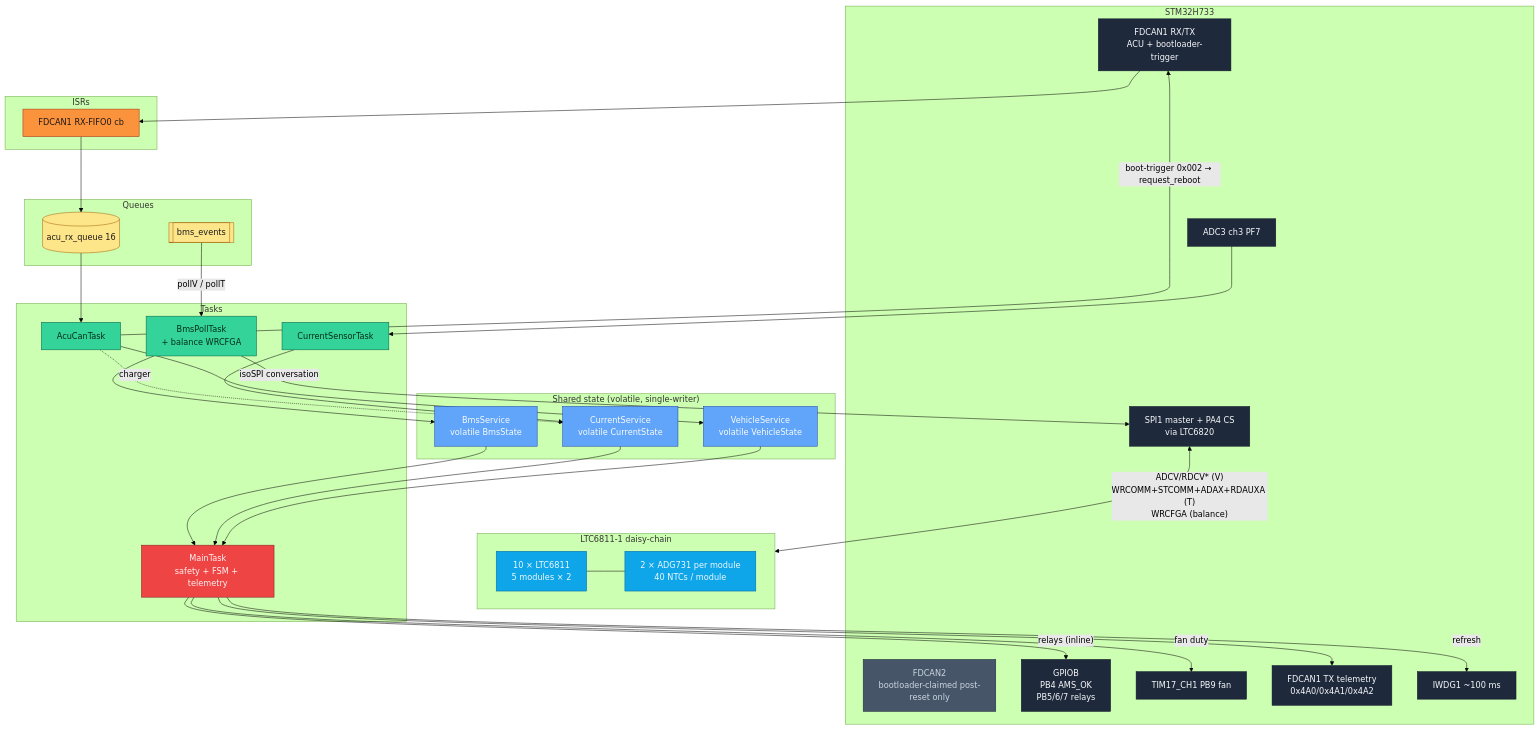
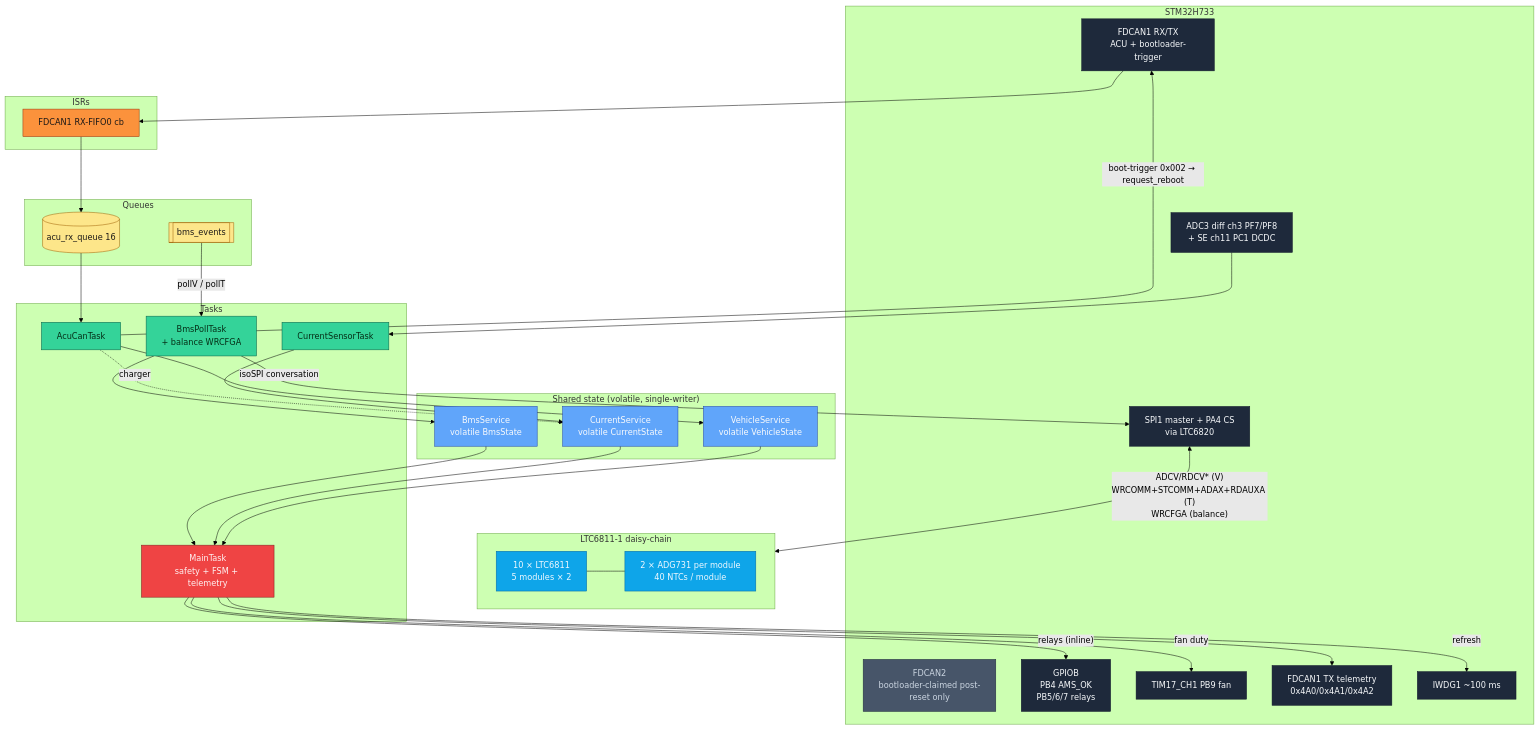
One commit to isc-fs/IFS08-CE-AMS changed the second of 4 diagrams in docs/ARCHITECTURE.md. Above: the diagram before and after it, drawn with Mermaid (forest theme). The commit also changed 12 other files, not shown here.

````diff
--- a/docs/ARCHITECTURE.md
+++ b/docs/ARCHITECTURE.md
@@ -219,78 +219,78 @@
 ```mermaid
 flowchart TD
   subgraph HW[STM32H733]
     FDCAN1[FDCAN1 RX/TX<br/>ACU + bootloader-trigger]
     FDCAN2[FDCAN2<br/>bootloader-claimed post-reset only]
     SPI1[SPI1 master + PA4 CS<br/>via LTC6820]
-    ADC1[ADC3 ch3 PF7]
+    ADC1[ADC3 diff ch3 PF7/PF8<br/>+ SE ch11 PC1 DCDC]
     GPIOB[GPIOB<br/>PB4 AMS_OK<br/>PB5/6/7 relays]
     TIM17[TIM17_CH1 PB9 fan]
     FDCAN1TX[FDCAN1 TX telemetry<br/>0x4A0/0x4A1/0x4A2]
     IWDG[IWDG1 ~100 ms]
   end
 
   subgraph Chain[LTC6811-1 daisy-chain]
     LTC[10 × LTC6811<br/>5 modules × 2]
     MUX[2 × ADG731 per module<br/>40 NTCs / module]
     LTC --- MUX
   end
 
   subgraph ISR[ISRs]
     RX1[FDCAN1 RX-FIFO0 cb]
   end
 
   subgraph Queues
     acu_rx[(acu_rx_queue 16)]
     bms_evt[[bms_events]]
   end
 
   subgraph State["Shared state (volatile, single-writer)"]
     BmsSvc[BmsService<br/>volatile BmsState]
     CurSvc[CurrentService<br/>volatile CurrentState]
     VehSvc[VehicleService<br/>volatile VehicleState]
   end
 
   subgraph Tasks
     AcuT[AcuCanTask]
     BmsPollT[BmsPollTask<br/>+ balance WRCFGA]
     CurT[CurrentSensorTask]
     MainT[MainTask<br/>safety + FSM + telemetry]
   end
 
   FDCAN1 --> RX1 --> acu_rx --> AcuT --> VehSvc
   AcuT -.charger.-> CurSvc
   AcuT -- "boot-trigger 0x002 → request_reboot" --> FDCAN1
 
   SPI1 <-->|"ADCV/RDCV* (V)<br/>WRCOMM+STCOMM+ADAX+RDAUXA (T)<br/>WRCFGA (balance)"| Chain
   BmsPollT -- "isoSPI conversation" --> SPI1
   BmsPollT --> BmsSvc
 
   ADC1 --> CurT --> CurSvc
 
   BmsSvc & CurSvc & VehSvc --> MainT
 
   MainT -- relays (inline) --> GPIOB
   MainT -- fan duty --> TIM17
   MainT -- refresh --> IWDG
   MainT --> FDCAN1TX
 
   bms_evt -- pollV / pollT --> BmsPollT
 
   classDef hw    fill:#1e293b,stroke:#0f172a,color:#f8fafc
   classDef chain fill:#0ea5e9,stroke:#0369a1,color:#f0f9ff
   classDef isr   fill:#fb923c,stroke:#9a3412,color:#1c1917
   classDef queue fill:#fde68a,stroke:#a16207,color:#1c1917
   classDef svc   fill:#60a5fa,stroke:#1e40af,color:#f8fafc
   classDef task  fill:#34d399,stroke:#065f46,color:#052e16
   classDef safe  fill:#ef4444,stroke:#7f1d1d,color:#fef2f2
   classDef dim   fill:#475569,stroke:#1e293b,color:#cbd5e1
 
   class FDCAN1,SPI1,ADC1,GPIOB,TIM17,FDCAN1TX,IWDG hw
   class FDCAN2 dim
   class LTC,MUX chain
   class RX1 isr
   class acu_rx,bms_evt queue
   class BmsSvc,CurSvc,VehSvc svc
   class AcuT,BmsPollT,CurT task
   class MainT safe
 ```
````
